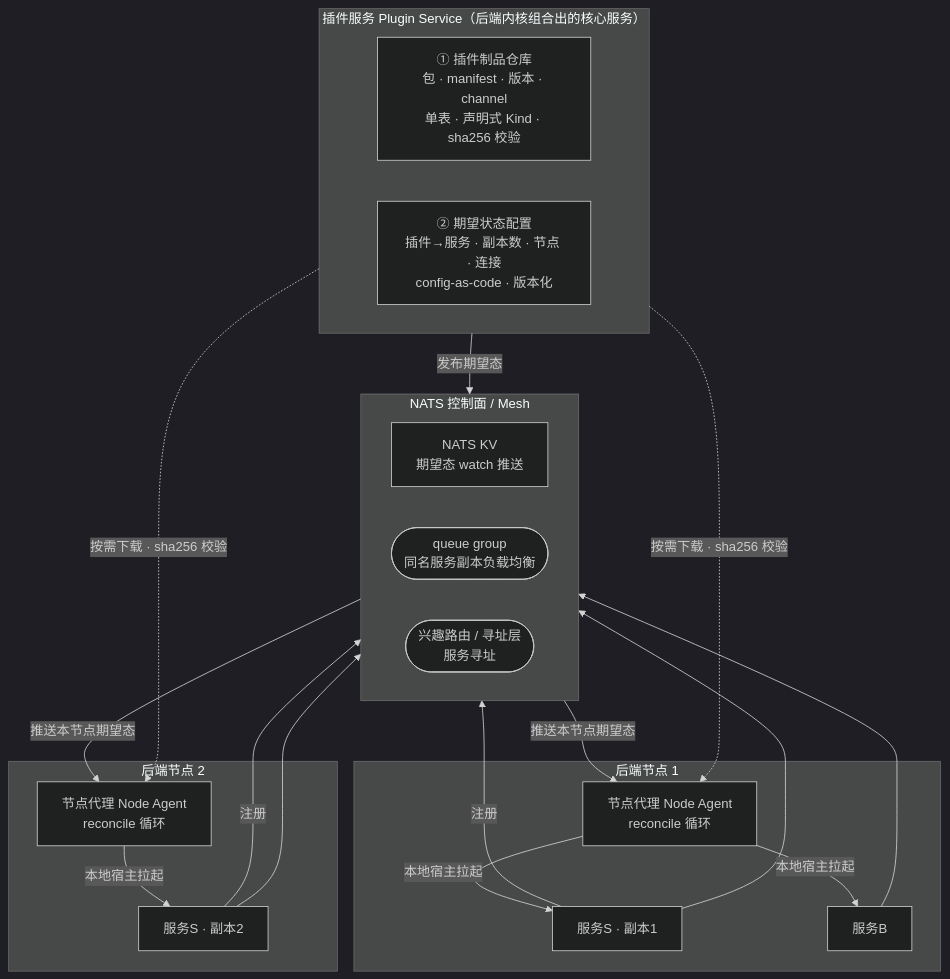
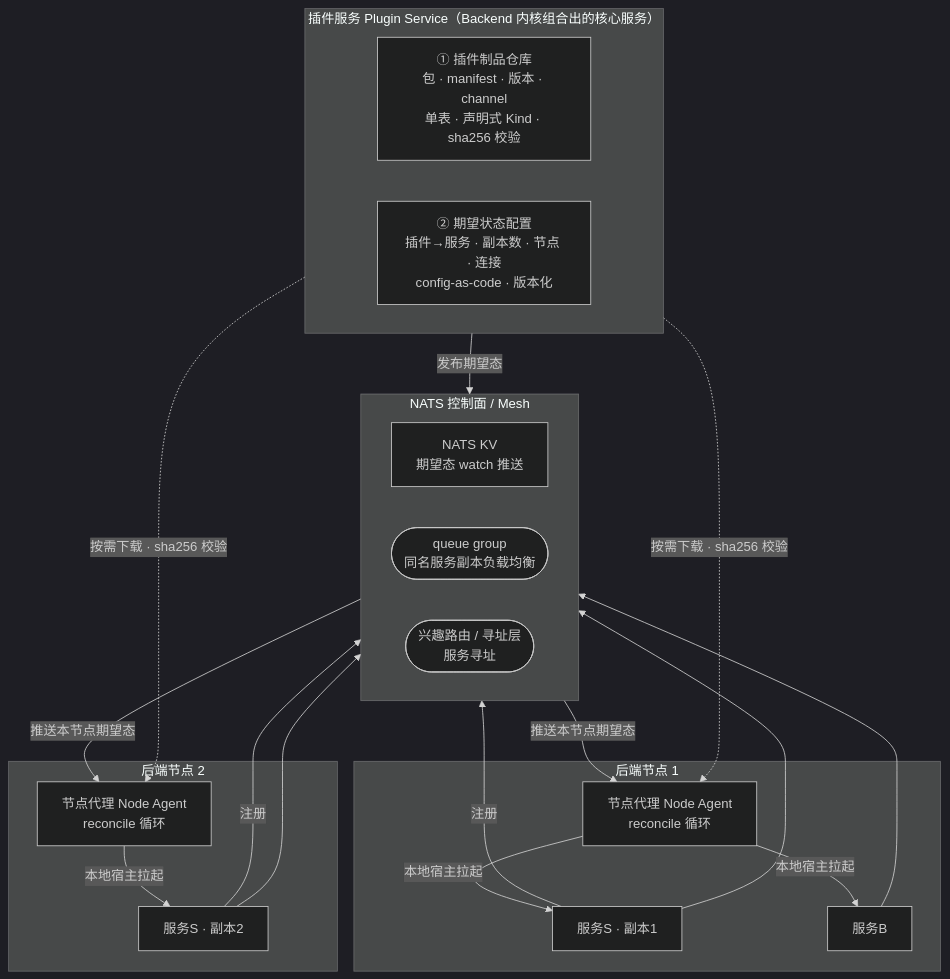
One commit to yandt/VastPlan changed the fourth of 5 diagrams in docs/dev/architecture/系统架构.md. Above: the diagram before and after it, drawn with Mermaid (dark theme). The commit also changed other lines of this file and 4 other files, not shown here.

````diff
--- a/docs/dev/architecture/系统架构.md
+++ b/docs/dev/architecture/系统架构.md
@@ -269,40 +269,40 @@
 ```mermaid
 flowchart TB
-  subgraph PS["插件服务 Plugin Service（后端内核组合出的核心服务）"]
+  subgraph PS["插件服务 Plugin Service（Backend 内核组合出的核心服务）"]
     direction LR
     REPO["① 插件制品仓库<br/>包 · manifest · 版本 · channel<br/>单表 · 声明式 Kind · sha256 校验"]
     DS["② 期望状态配置<br/>插件→服务 · 副本数 · 节点 · 连接<br/>config-as-code · 版本化"]
   end
 
   subgraph CP["NATS 控制面 / Mesh"]
     direction LR
     KV["NATS KV<br/>期望态 watch 推送"]
     QG(["queue group<br/>同名服务副本负载均衡"])
     MESH(["兴趣路由 / 寻址层<br/>服务寻址"])
   end
 
   subgraph N1["后端节点 1"]
     A1["节点代理 Node Agent<br/>reconcile 循环"]
     S1["服务S · 副本1"]
     SB["服务B"]
     A1 -->|本地宿主拉起| S1
     A1 -->|本地宿主拉起| SB
   end
 
   subgraph N2["后端节点 2"]
     A2["节点代理 Node Agent<br/>reconcile 循环"]
     S2["服务S · 副本2"]
     A2 -->|本地宿主拉起| S2
   end
 
   DS -->|发布期望态| KV
   KV -->|推送本节点期望态| A1
   KV -->|推送本节点期望态| A2
   REPO -.->|按需下载 · sha256 校验| A1
   REPO -.->|按需下载 · sha256 校验| A2
   S1 -->|注册| QG
   S2 -->|注册| QG
   S1 --> MESH
   S2 --> MESH
   SB --> MESH
 ```
````
